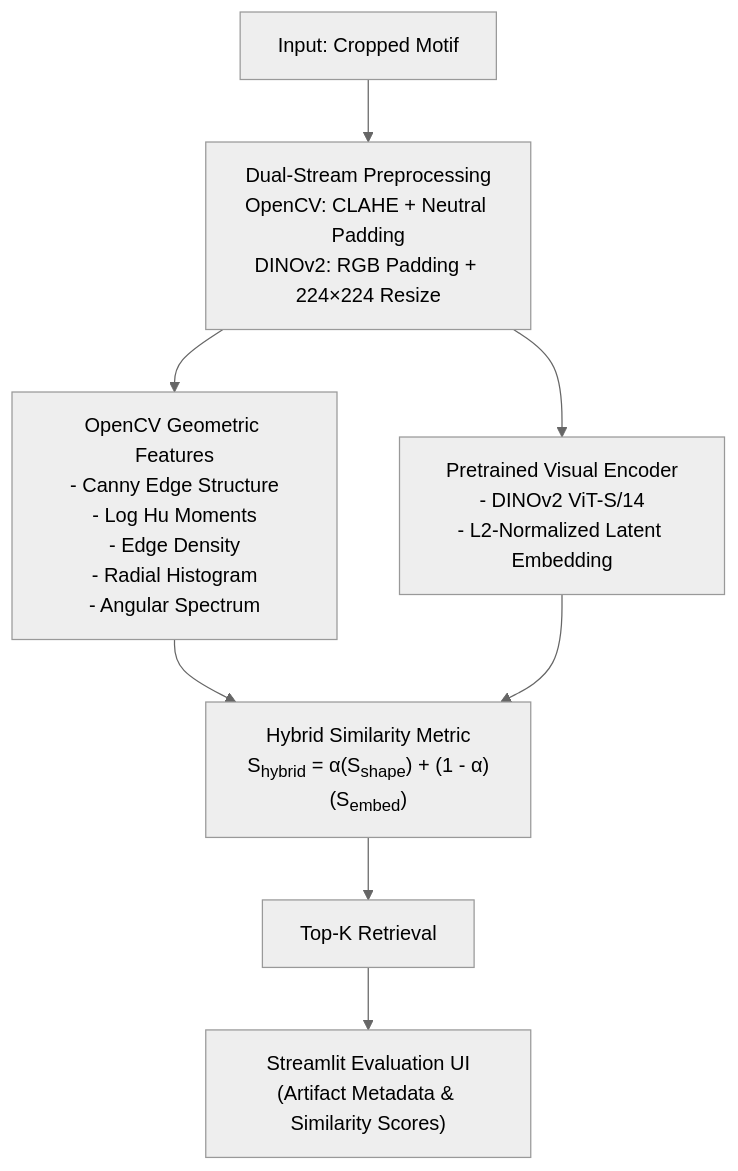
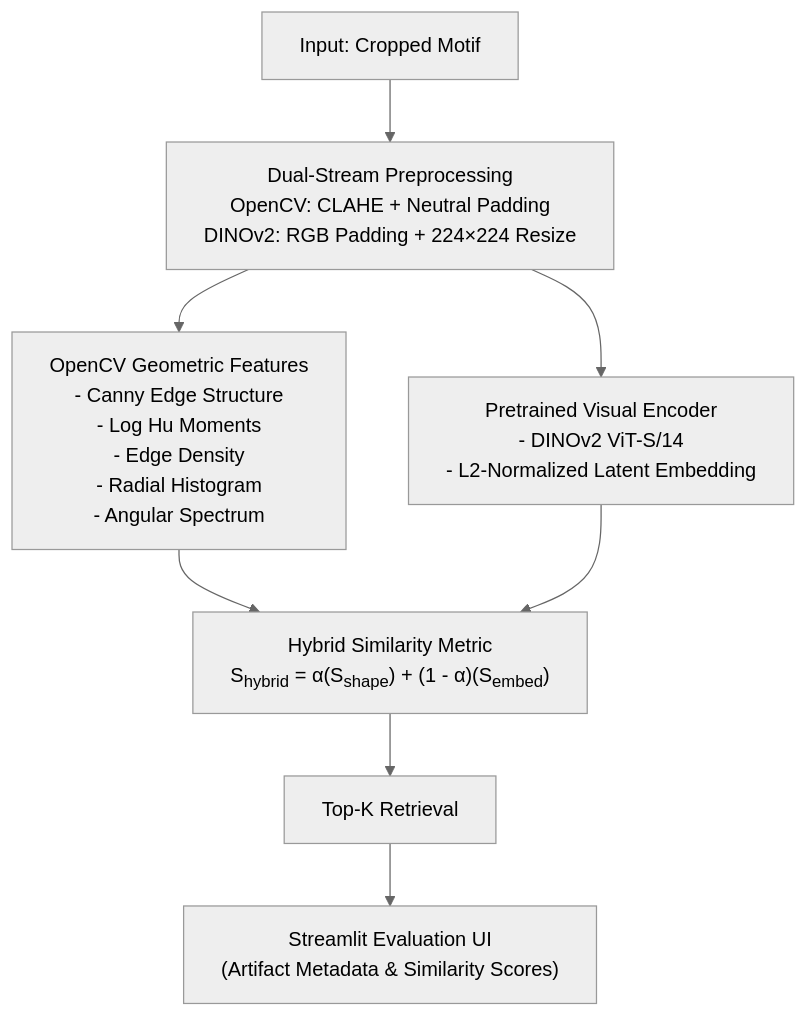
The diagram in README.md (AetherMarina/symbolic-detective), drawn with Mermaid (neutral theme) before and after one commit. The commit also changed other lines of this file, not shown here.

````diff
--- a/README.md
+++ b/README.md
@@ -44,15 +41,16 @@
 ```mermaid
+%%{init: {"flowchart": {"wrappingWidth": 400}}}%%
 graph TD
     Input["Input: Cropped Motif"] --> Norm["Dual-Stream Preprocessing<br/>OpenCV: CLAHE + Neutral Padding<br/>DINOv2: RGB Padding + 224×224 Resize"]
 
     Norm --> OpenCV["OpenCV Geometric Features<br/>- Canny Edge Structure<br/>- Log Hu Moments<br/>- Edge Density<br/>- Radial Histogram<br/>- Angular Spectrum"]
 
     Norm --> Encoder["Pretrained Visual Encoder<br/>- DINOv2 ViT-S/14<br/>- L2-Normalized Latent Embedding"]
 
     OpenCV --> Hybrid["Hybrid Similarity Metric<br/>S<sub>hybrid</sub> = α(S<sub>shape</sub>) + (1 - α)(S<sub>embed</sub>)"]
     Encoder --> Hybrid
 
     Hybrid --> Retrieval["Top-K Retrieval"]
 
     Retrieval --> UI["Streamlit Evaluation UI<br/>(Artifact Metadata & Similarity Scores)"]
 ```
````
